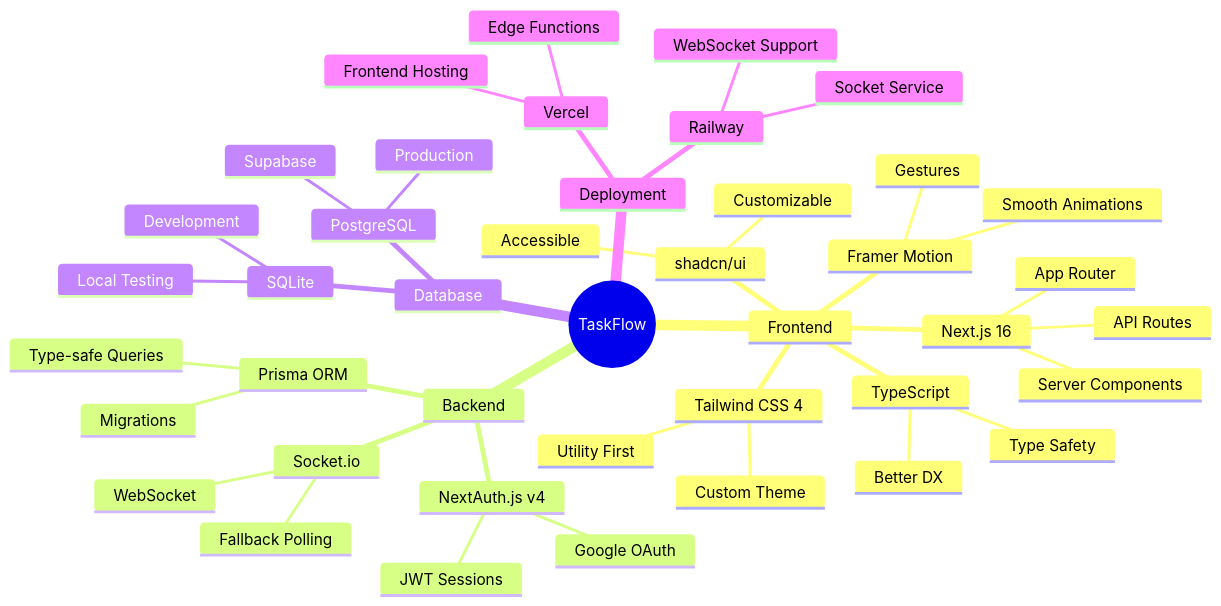
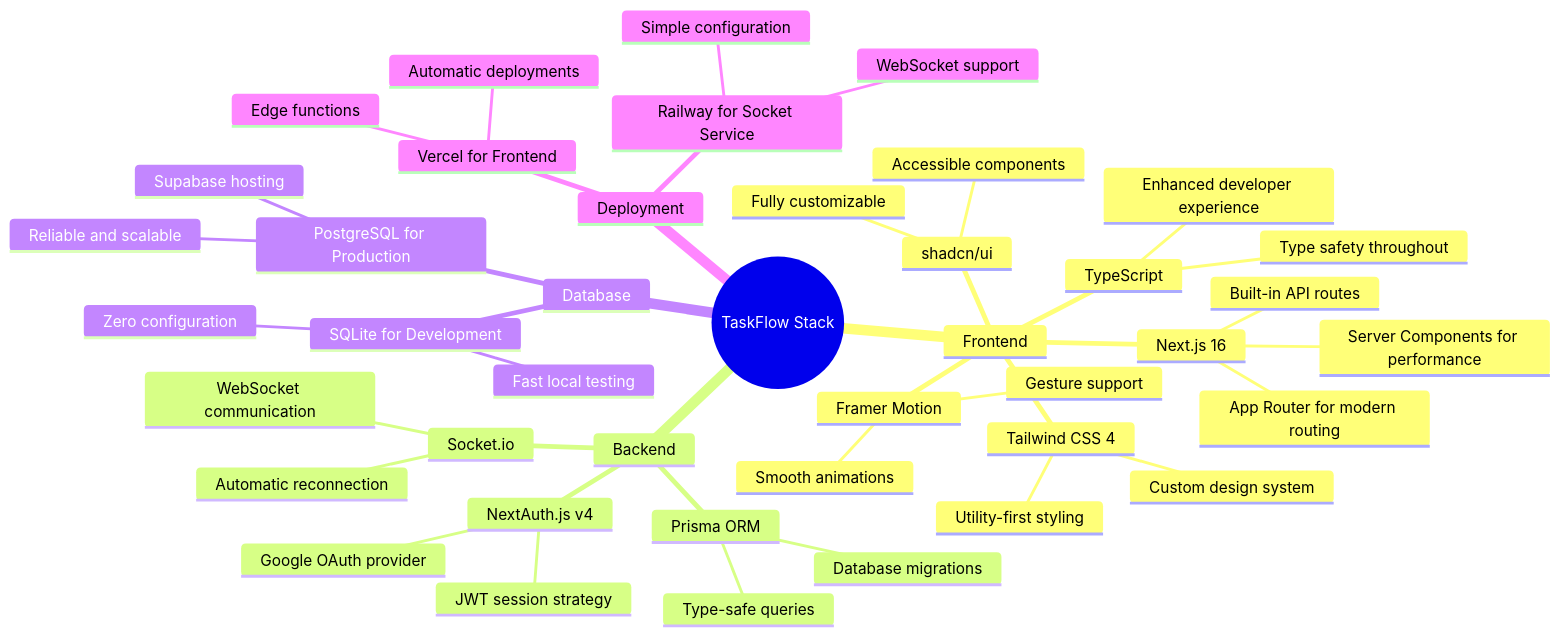
One commit to anshsharmacse/Real-time-Collaborative-Task-Manager changed the third of 24 diagrams in README.md. Above: the diagram before and after it, drawn with Mermaid. The commit also changed other lines of this file, not shown here.

````diff
--- a/README.md
+++ b/README.md
@@ -203,45 +164,45 @@
 ```mermaid
 mindmap
-  root((TaskFlow))
+  root((TaskFlow Stack))
     Frontend
       Next.js 16
-        App Router
-        Server Components
-        API Routes
+        App Router for modern routing
+        Server Components for performance
+        Built-in API routes
       TypeScript
-        Type Safety
-        Better DX
+        Type safety throughout
+        Enhanced developer experience
       Tailwind CSS 4
-        Utility First
-        Custom Theme
+        Utility-first styling
+        Custom design system
       shadcn/ui
-        Accessible
-        Customizable
+        Accessible components
+        Fully customizable
       Framer Motion
-        Smooth Animations
-        Gestures
+        Smooth animations
+        Gesture support
     Backend
       NextAuth.js v4
-        Google OAuth
-        JWT Sessions
+        Google OAuth provider
+        JWT session strategy
       Prisma ORM
-        Type-safe Queries
-        Migrations
+        Type-safe queries
+        Database migrations
       Socket.io
-        WebSocket
-        Fallback Polling
+        WebSocket communication
+        Automatic reconnection
     Database
-      SQLite
-        Development
-        Local Testing
-      PostgreSQL
-        Production
-        Supabase
+      SQLite for Development
+        Zero configuration
+        Fast local testing
+      PostgreSQL for Production
+        Supabase hosting
+        Reliable and scalable
     Deployment
-      Vercel
-        Frontend Hosting
-        Edge Functions
-      Railway
-        Socket Service
-        WebSocket Support
+      Vercel for Frontend
+        Edge functions
+        Automatic deployments
+      Railway for Socket Service
+        WebSocket support
+        Simple configuration
 ```
````
